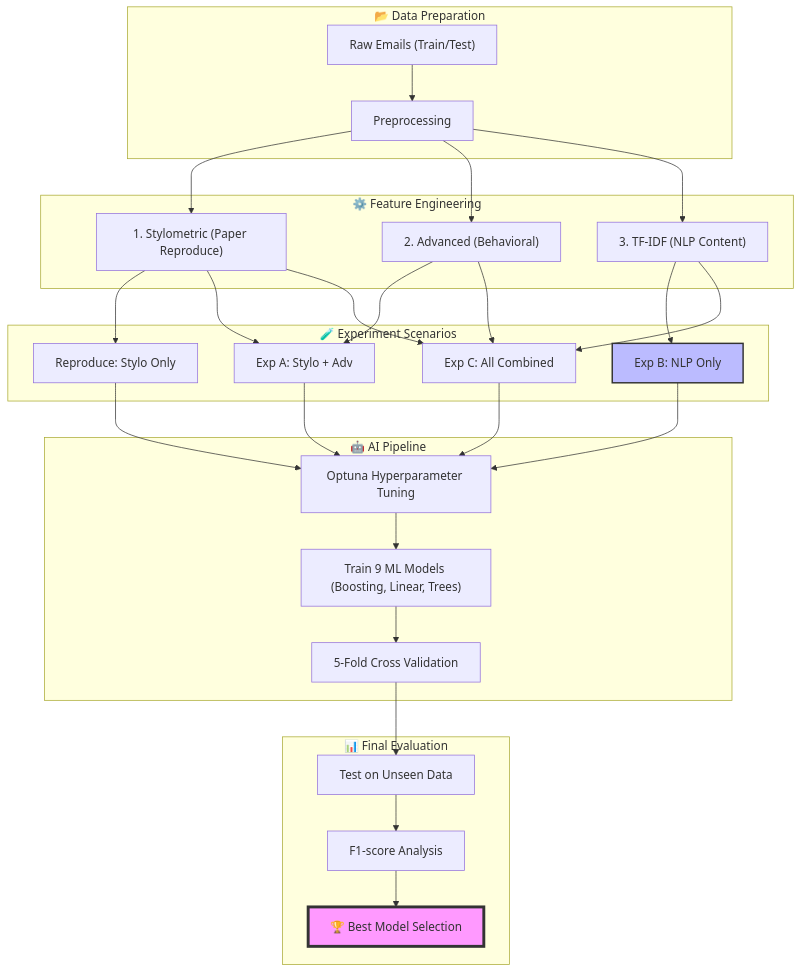
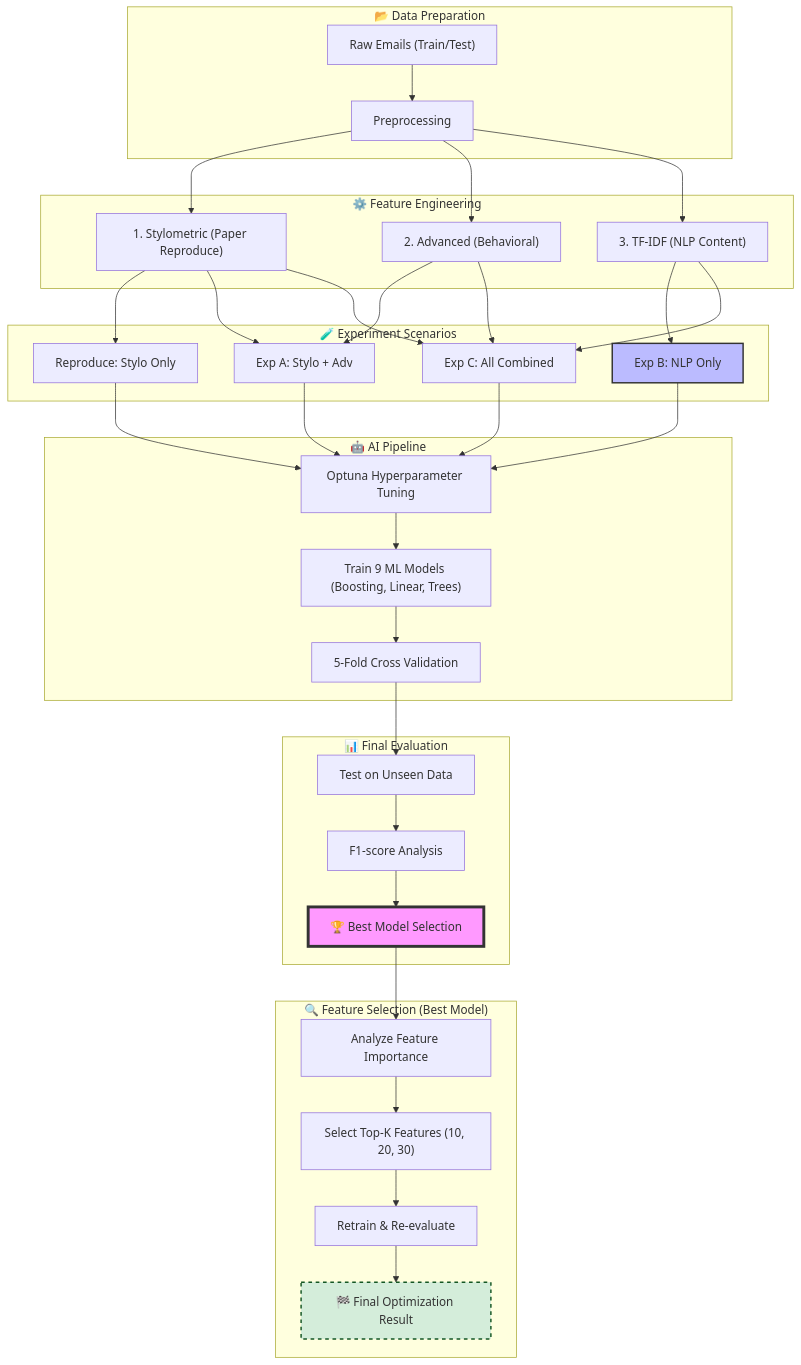
The diagram in README.md (techasit239/Final-Project---DADS6003), drawn with Mermaid before and after one commit.

````diff
--- a/README.md
+++ b/README.md
@@ -96,34 +96,42 @@
-```mermaid
+   ```mermaid
 flowchart TD
     subgraph Input ["📂 Data Preparation"]
         Raw["Raw Emails (Train/Test)"] --> Clean["Preprocessing"];
     end
 
     subgraph Features ["⚙️ Feature Engineering"]
         Clean --> Feat1["1. Stylometric (Paper Reproduce)"];
         Clean --> Feat2["2. Advanced (Behavioral)"];
         Clean --> Feat3["3. TF-IDF (NLP Content)"];
     end
 
     subgraph Experiments ["🧪 Experiment Scenarios"]
         Feat1 --> ExpR["Reproduce: Stylo Only"];
         Feat1 & Feat2 --> ExpA["Exp A: Stylo + Adv"];
         Feat3 --> ExpB["Exp B: NLP Only"];
         Feat1 & Feat2 & Feat3 --> ExpC["Exp C: All Combined"];
     end
 
     subgraph Modeling ["🤖 AI Pipeline"]
         ExpR & ExpA & ExpB & ExpC --> Tuning["Optuna Hyperparameter Tuning"];
         Tuning --> Train["Train 9 ML Models (Boosting, Linear, Trees)"];
         Train --> Valid["5-Fold Cross Validation"];
     end
 
     subgraph Result ["📊 Final Evaluation"]
         Valid --> Test["Test on Unseen Data"];
         Test --> Metrics["F1-score Analysis"];
         Metrics --> Winner["🏆 Best Model Selection"];
     end
 
+    subgraph Optimization ["🔍 Feature Selection (Best Model)"]
+        Winner --> Importance["Analyze Feature Importance"];
+        Importance --> TopK["Select Top-K Features (10, 20, 30)"];
+        TopK --> Retrain["Retrain & Re-evaluate"];
+        Retrain --> Final["🏁 Final Optimization Result"];
+    end
+
     style Winner fill:#f9f,stroke:#333,stroke-width:4px
     style ExpB fill:#bbf,stroke:#333,stroke-width:2px
-```
+    style Final fill:#d4edda,stroke:#155724,stroke-width:2px,stroke-dasharray: 5 5
+   ```
````
